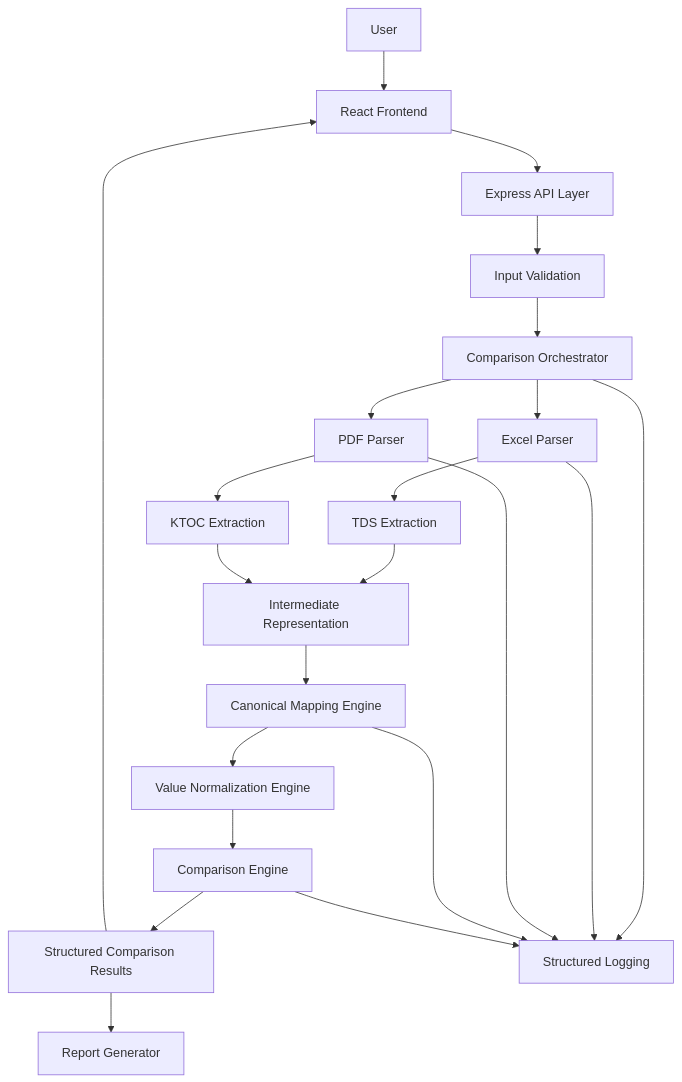
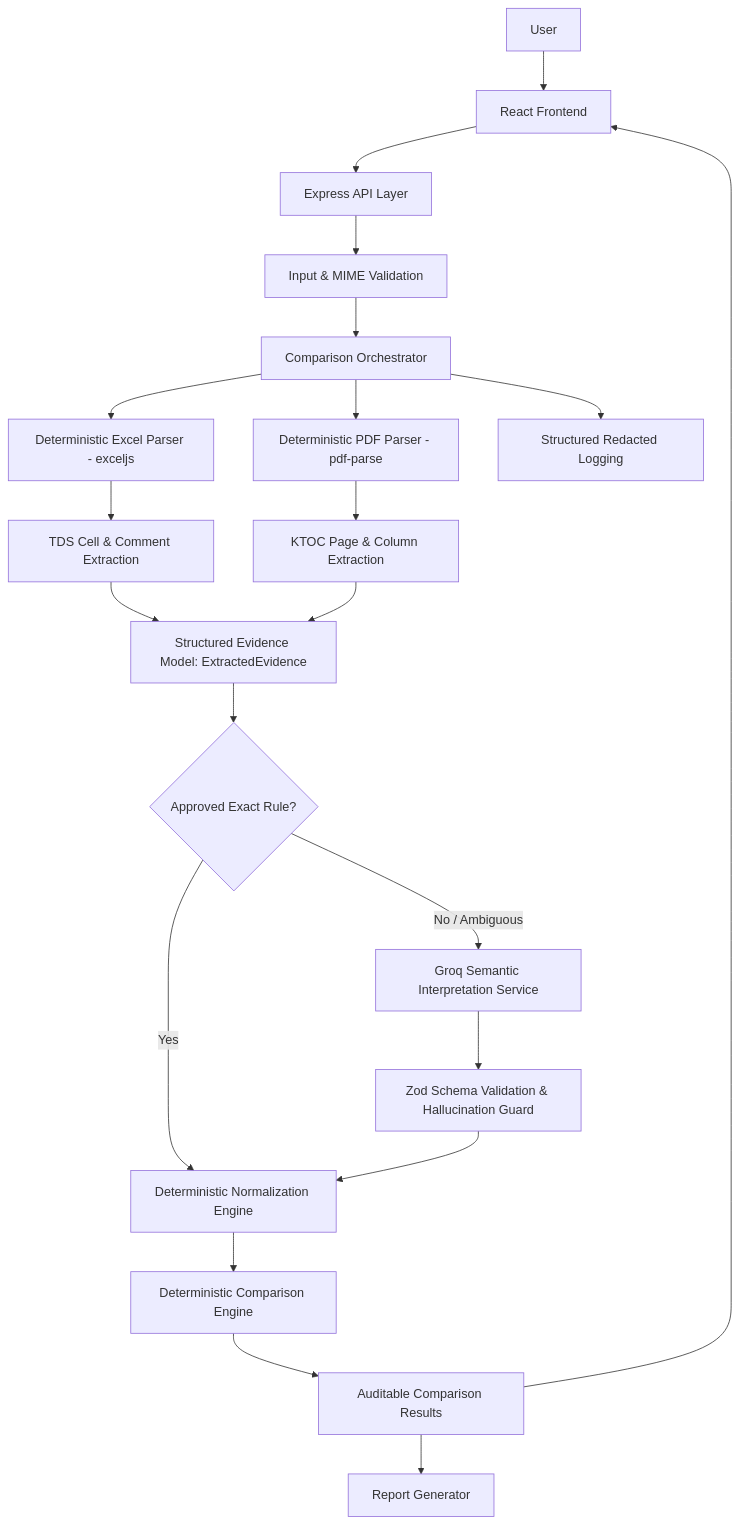
One commit to galadhruv16/KONE_Compliance_Tool changed the first of 2 diagrams in Docs/SYSTEM_DESIGN.md. Above: the diagram before and after it, drawn with Mermaid. The commit also changed other lines of this file and 29 other files, not shown here.

Commit message:
implemented deterministic comparison

````diff
--- a/Docs/SYSTEM_DESIGN.md
+++ b/Docs/SYSTEM_DESIGN.md
@@ -80,33 +80,32 @@
 ```mermaid
 flowchart TD
     U[User] --> FE[React Frontend]
 
     FE --> API[Express API Layer]
 
-    API --> VAL[Input Validation]
+    API --> VAL[Input & MIME Validation]
     VAL --> ORCH[Comparison Orchestrator]
 
-    ORCH --> XP[Excel Parser]
-    ORCH --> PP[PDF Parser]
+    ORCH --> XP[Deterministic Excel Parser - exceljs]
+    ORCH --> PP[Deterministic PDF Parser - pdf-parse]
 
-    XP --> TE[TDS Extraction]
-    PP --> KE[KTOC Extraction]
+    XP --> TE[TDS Cell & Comment Extraction]
+    PP --> KE[KTOC Page & Column Extraction]
 
-    TE --> IR[Intermediate Representation]
+    TE --> IR[Structured Evidence Model: ExtractedEvidence]
     KE --> IR
 
-    IR --> MAP[Canonical Mapping Engine]
-    MAP --> NORM[Value Normalization Engine]
+    IR --> MAP_DEC{Approved Exact Rule?}
+    MAP_DEC -- Yes --> NORM[Deterministic Normalization Engine]
+    MAP_DEC -- No / Ambiguous --> GROQ[Groq Semantic Interpretation Service]
+    GROQ --> VLD[Zod Schema Validation & Hallucination Guard]
+    VLD --> NORM
 
-    NORM --> COMP[Comparison Engine]
-    COMP --> RES[Structured Comparison Results]
+    NORM --> COMP[Deterministic Comparison Engine]
+    COMP --> RES[Auditable Comparison Results]
 
     RES --> FE
     RES --> REP[Report Generator]
 
-    ORCH --> LOG[Structured Logging]
-    XP --> LOG
-    PP --> LOG
-    MAP --> LOG
-    COMP --> LOG
+    ORCH --> LOG[Structured Redacted Logging]
 ```
````
